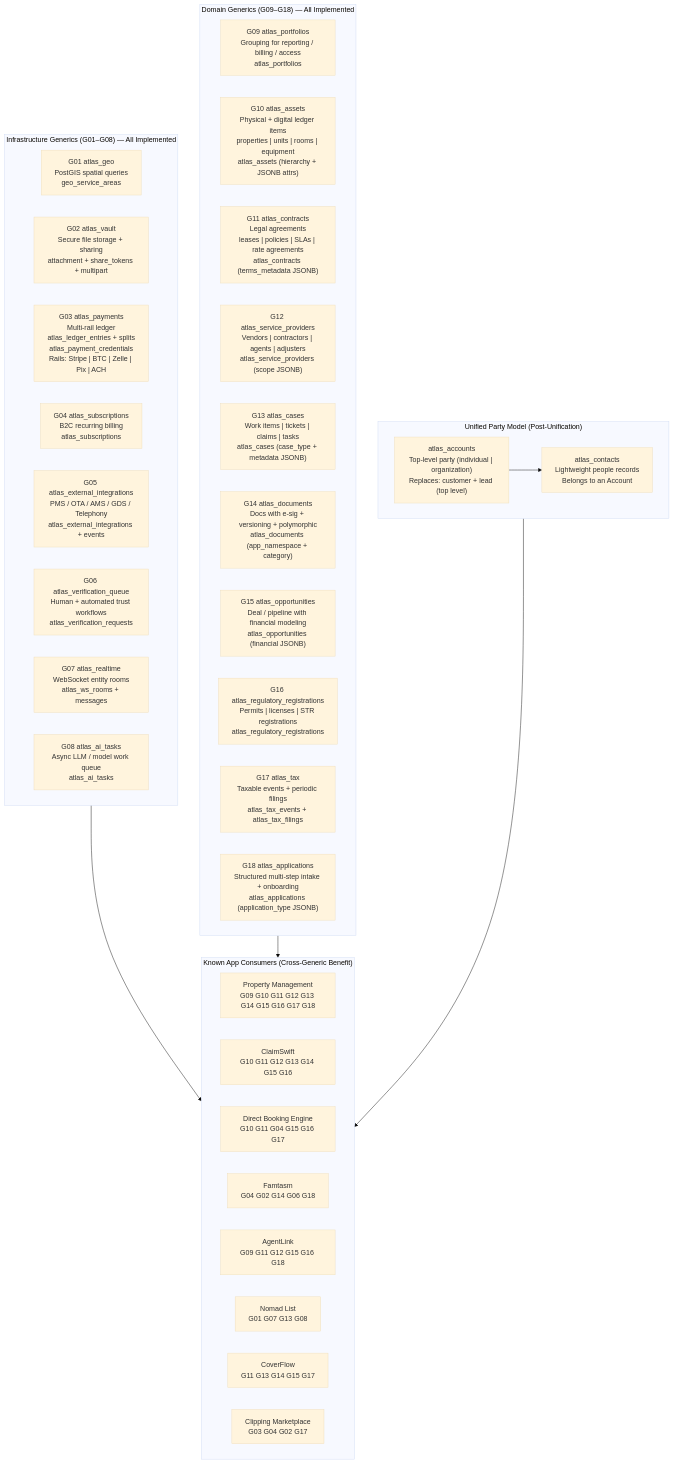
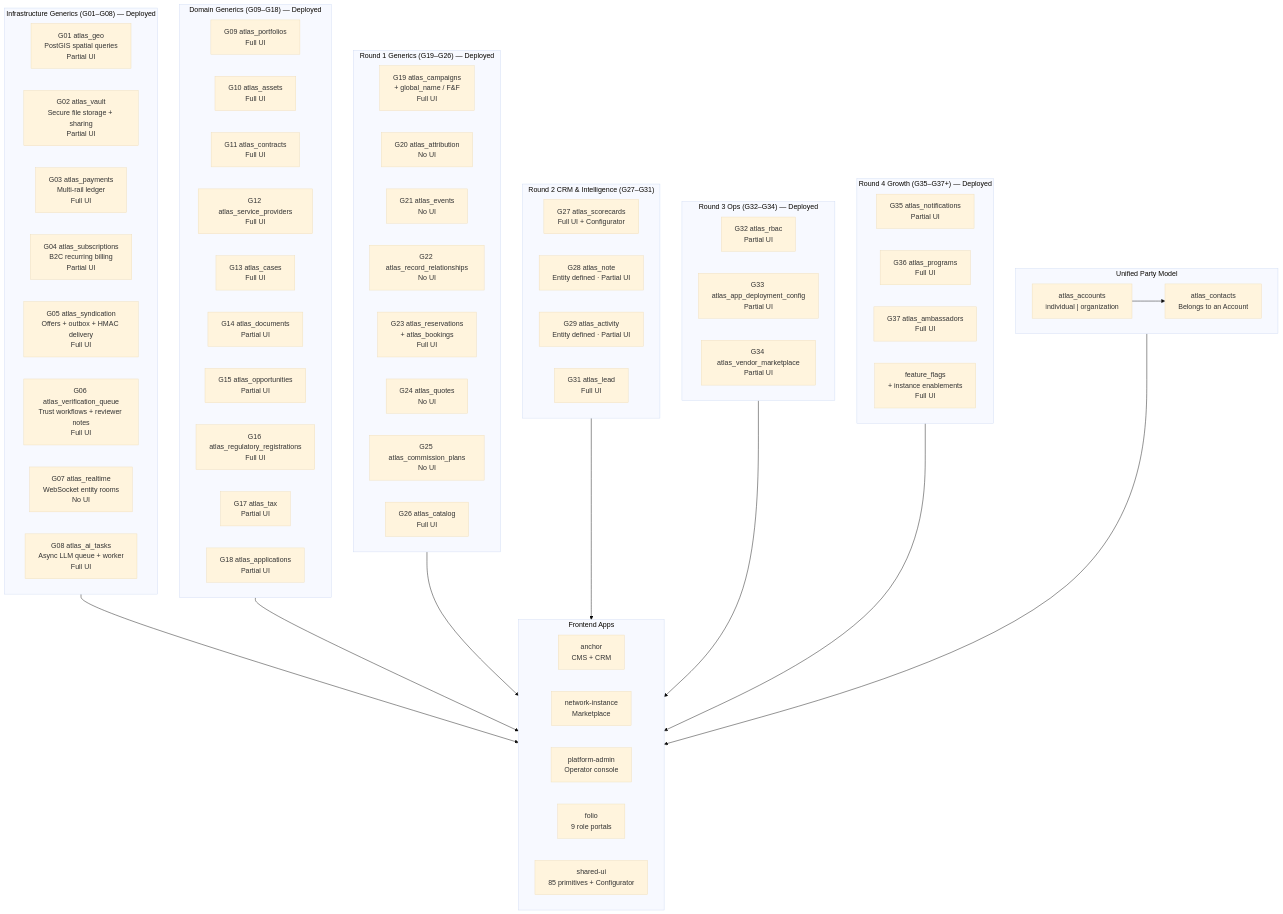
Before and after one commit to ruuderie/atlas-platform: the diagram in docs/architecture/diagrams/platform_generics_overview.mmd, drawn with Mermaid (base theme). The commit also changed 12 other files, not shown here.

First line of the commit message:
docs: sync CURRENT_STATE Rev 11 and architecture registry

```diff
--- a/docs/architecture/diagrams/platform_generics_overview.mmd
+++ b/docs/architecture/diagrams/platform_generics_overview.mmd
@@ -1,45 +1,77 @@
 flowchart TB
-    subgraph G_Infra ["Infrastructure Generics (G01–G08) — All Implemented"]
-        G01["G01 atlas_geo\nPostGIS spatial queries\ngeo_service_areas"]
-        G02["G02 atlas_vault\nSecure file storage + sharing\nattachment + share_tokens + multipart"]
-        G03["G03 atlas_payments\nMulti-rail ledger\natlas_ledger_entries + splits\natlas_payment_credentials\nRails: Stripe | BTC | Zelle | Pix | ACH"]
-        G04["G04 atlas_subscriptions\nB2C recurring billing\natlas_subscriptions"]
-        G05["G05 atlas_external_integrations\nPMS / OTA / AMS / GDS / Telephony\natlas_external_integrations + events"]
-        G06["G06 atlas_verification_queue\nHuman + automated trust workflows\natlas_verification_requests"]
-        G07["G07 atlas_realtime\nWebSocket entity rooms\natlas_ws_rooms + messages"]
-        G08["G08 atlas_ai_tasks\nAsync LLM / model work queue\natlas_ai_tasks"]
+    subgraph G_Infra ["Infrastructure Generics (G01–G08) — Deployed"]
+        G01["G01 atlas_geo\nPostGIS spatial queries\nPartial UI"]
+        G02["G02 atlas_vault\nSecure file storage + sharing\nPartial UI"]
+        G03["G03 atlas_payments\nMulti-rail ledger\nFull UI"]
+        G04["G04 atlas_subscriptions\nB2C recurring billing\nPartial UI"]
+        G05["G05 atlas_syndication\nOffers + outbox + HMAC delivery\nFull UI"]
+        G06["G06 atlas_verification_queue\nTrust workflows + reviewer notes\nFull UI"]
+        G07["G07 atlas_realtime\nWebSocket entity rooms\nNo UI"]
+        G08["G08 atlas_ai_tasks\nAsync LLM queue + worker\nFull UI"]
     end
 
-    subgraph G_Domain ["Domain Generics (G09–G18) — All Implemented"]
-        G09["G09 atlas_portfolios\nGrouping for reporting / billing / access\natlas_portfolios"]
-        G10["G10 atlas_assets\nPhysical + digital ledger items\nproperties | units | rooms | equipment\natlas_assets (hierarchy + JSONB attrs)"]
-        G11["G11 atlas_contracts\nLegal agreements\nleases | policies | SLAs | rate agreements\natlas_contracts (terms_metadata JSONB)"]
-        G12["G12 atlas_service_providers\nVendors | contractors | agents | adjusters\natlas_service_providers (scope JSONB)"]
-        G13["G13 atlas_cases\nWork items | tickets | claims | tasks\natlas_cases (case_type + metadata JSONB)"]
-        G14["G14 atlas_documents\nDocs with e-sig + versioning + polymorphic\natlas_documents (app_namespace + category)"]
-        G15["G15 atlas_opportunities\nDeal / pipeline with financial modeling\natlas_opportunities (financial JSONB)"]
-        G16["G16 atlas_regulatory_registrations\nPermits | licenses | STR registrations\natlas_regulatory_registrations"]
-        G17["G17 atlas_tax\nTaxable events + periodic filings\natlas_tax_events + atlas_tax_filings"]
-        G18["G18 atlas_applications\nStructured multi-step intake + onboarding\natlas_applications (application_type JSONB)"]
+    subgraph G_Domain ["Domain Generics (G09–G18) — Deployed"]
+        G09["G09 atlas_portfolios\nFull UI"]
+        G10["G10 atlas_assets\nFull UI"]
+        G11["G11 atlas_contracts\nFull UI"]
+        G12["G12 atlas_service_providers\nFull UI"]
+        G13["G13 atlas_cases\nFull UI"]
+        G14["G14 atlas_documents\nPartial UI"]
+        G15["G15 atlas_opportunities\nPartial UI"]
+        G16["G16 atlas_regulatory_registrations\nFull UI"]
+        G17["G17 atlas_tax\nPartial UI"]
+        G18["G18 atlas_applications\nPartial UI"]
     end
 
-    subgraph Party ["Unified Party Model (Post-Unification)"]
-        PA["atlas_accounts\nTop-level party (individual | organization)\nReplaces: customer + lead (top level)"]
-        PC["atlas_contacts\nLightweight people records\nBelongs to an Account"]
+    subgraph G_Round1 ["Round 1 Generics (G19–G26) — Deployed"]
+        G19["G19 atlas_campaigns\n+ global_name / F&F\nFull UI"]
+        G20["G20 atlas_attribution\nNo UI"]
+        G21["G21 atlas_events\nNo UI"]
+        G22["G22 atlas_record_relationships\nNo UI"]
+        G23["G23 atlas_reservations\n+ atlas_bookings\nFull UI"]
+        G24["G24 atlas_quotes\nNo UI"]
+        G25["G25 atlas_commission_plans\nNo UI"]
+        G26["G26 atlas_catalog\nFull UI"]
+    end
+
+    subgraph G_Round2 ["Round 2 CRM & Intelligence (G27–G31)"]
+        G27["G27 atlas_scorecards\nFull UI + Configurator"]
+        G28["G28 atlas_note\nEntity defined · Partial UI"]
+        G29["G29 atlas_activity\nEntity defined · Partial UI"]
+        G31["G31 atlas_lead\nFull UI"]
+    end
+
+    subgraph G_Round3 ["Round 3 Ops (G32–G34) — Deployed"]
+        G32["G32 atlas_rbac\nPartial UI"]
+        G33["G33 atlas_app_deployment_config\nPartial UI"]
+        G34["G34 atlas_vendor_marketplace\nPartial UI"]
+    end
+
+    subgraph G_Round4 ["Round 4 Growth (G35–G37+) — Deployed"]
+        G35["G35 atlas_notifications\nPartial UI"]
+        G36["G36 atlas_programs\nFull UI"]
+        G37["G37 atlas_ambassadors\nFull UI"]
+        FF["feature_flags\n+ instance enablements\nFull UI"]
+    end
+
+    subgraph Party ["Unified Party Model"]
+        PA["atlas_accounts\nindividual | organization"]
+        PC["atlas_contacts\nBelongs to an Account"]
         PA --> PC
     end
 
-    subgraph Apps ["Known App Consumers (Cross-Generic Benefit)"]
-        PM["Property Management\nG09 G10 G11 G12 G13 G14 G15 G16 G17 G18"]
-        CS["ClaimSwift\nG10 G11 G12 G13 G14 G15 G16"]
-        DB["Direct Booking Engine\nG10 G11 G04 G15 G16 G17"]
-        FA["Famtasm\nG04 G02 G14 G06 G18"]
-        AL["AgentLink\nG09 G11 G12 G15 G16 G18"]
-        NL["Nomad List\nG01 G07 G13 G08"]
-        CF["CoverFlow\nG11 G13 G14 G15 G17"]
-        CL["Clipping Marketplace\nG03 G04 G02 G17"]
+    subgraph Apps ["Frontend Apps"]
+        Anchor["anchor\nCMS + CRM"]
+        NI["network-instance\nMarketplace"]
+        PAAdmin["platform-admin\nOperator console"]
+        Folio["folio\n9 role portals"]
+        SharedUI["shared-ui\n85 primitives + Configurator"]
     end
 
     G_Infra --> Apps
     G_Domain --> Apps
+    G_Round1 --> Apps
+    G_Round2 --> Apps
+    G_Round3 --> Apps
+    G_Round4 --> Apps
     Party --> Apps
```
